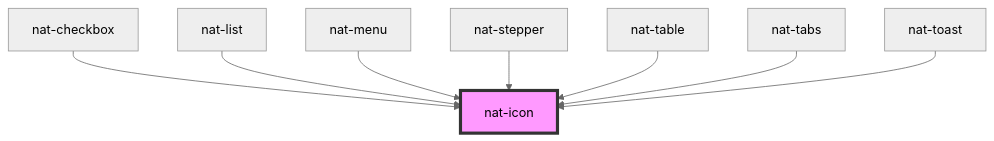
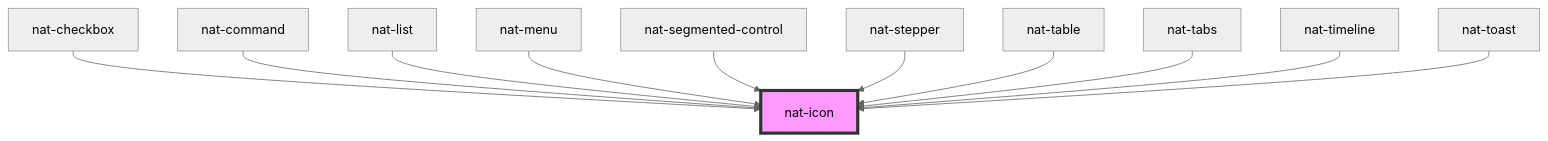
Before and after one commit to tuongna/nat-ui: the diagram in src/components/nat-icon/readme.md, drawn with Mermaid (neutral theme). The commit also changed other lines of this file and 46 other files, not shown here.

````diff
--- a/src/components/nat-icon/readme.md
+++ b/src/components/nat-icon/readme.md
@@ -44,11 +47,14 @@
 ```mermaid
 graph TD;
   nat-checkbox --> nat-icon
+  nat-command --> nat-icon
   nat-list --> nat-icon
   nat-menu --> nat-icon
+  nat-segmented-control --> nat-icon
   nat-stepper --> nat-icon
   nat-table --> nat-icon
   nat-tabs --> nat-icon
+  nat-timeline --> nat-icon
   nat-toast --> nat-icon
   style nat-icon fill:#f9f,stroke:#333,stroke-width:4px
 ```
````
